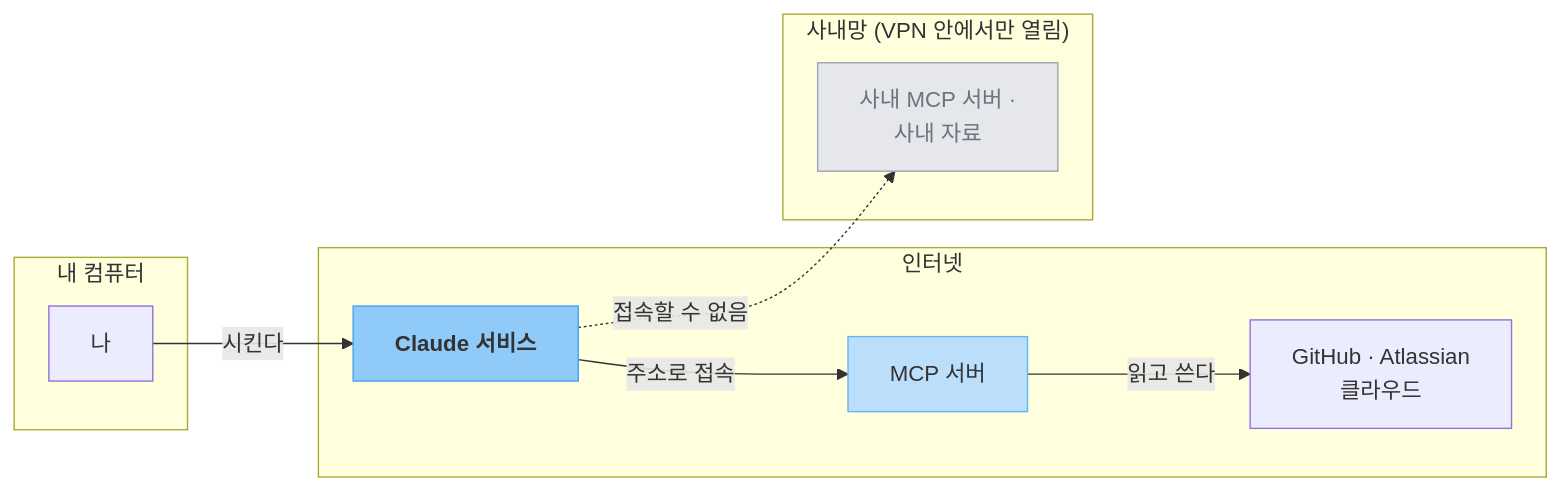
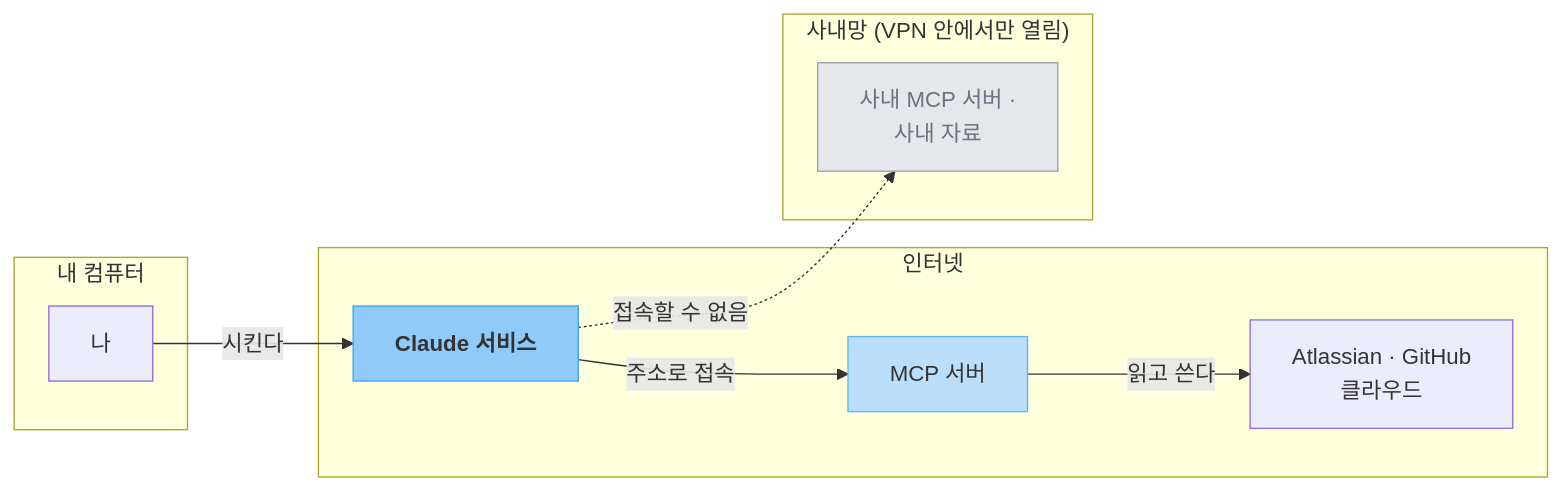
One commit to scroogy-dev/ai-onboarding changed the first of 2 diagrams in docs/connect/mcp-servers.md. Above: the diagram before and after it, drawn with Mermaid. The commit also changed other lines of this file and 1 other file, not shown here.

First line of the commit message:
docs: MCP 서버 페이지와 보안 가이드의 서비스 나열을 Atlassian 우선으로 (#49)

````diff
--- a/docs/connect/mcp-servers.md
+++ b/docs/connect/mcp-servers.md
@@ -74,21 +74,21 @@
 ```mermaid
 flowchart LR
     subgraph PC["내 컴퓨터"]
         U["나"]
     end
     subgraph NET["인터넷"]
         CS["<b>Claude 서비스</b>"]
         MS["MCP 서버"]
-        D1["GitHub · Atlassian<br/>클라우드"]
+        D1["Atlassian · GitHub<br/>클라우드"]
     end
     subgraph LAN["사내망 (VPN 안에서만 열림)"]
         X["사내 MCP 서버 ·<br/>사내 자료"]
     end
     U -->|"시킨다"| CS
     CS -->|"주소로 접속"| MS
     MS -->|"읽고 쓴다"| D1
     CS -.->|"접속할 수 없음"| X
     style CS fill:#90caf9,stroke:#42a5f5
     style MS fill:#bbdefb,stroke:#64b5f6
     style X fill:#e5e7eb,stroke:#9ca3af,color:#6b7280
 ```
````
